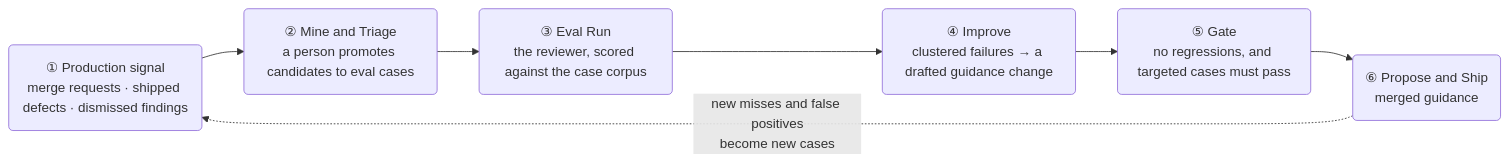
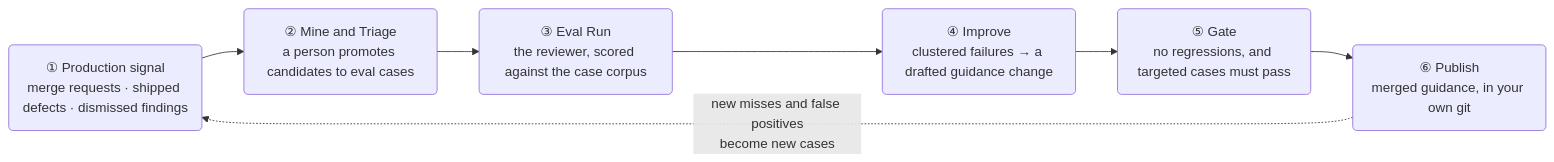
The third of 10 diagrams in README.md (cadneowl/whetstone), drawn with Mermaid before and after one commit. The commit also changed other lines of this file and 21 other files, not shown here.

````diff
--- a/README.md
+++ b/README.md
@@ -143,12 +164,12 @@
 ```mermaid
 flowchart LR
     P("① Production signal<br/>merge requests · shipped defects · dismissed findings")
     M("② Mine and Triage<br/>a person promotes candidates to eval cases")
     E("③ Eval Run<br/>the reviewer, scored against the case corpus")
     I("④ Improve<br/>clustered failures → a drafted guidance change")
     G("⑤ Gate<br/>no regressions, and targeted cases must pass")
-    S("⑥ Propose and Ship<br/>merged guidance")
+    S("⑥ Publish<br/>merged guidance, in your own git")
 
     P --> M --> E --> I --> G --> S
     S -. "new misses and false positives<br/>become new cases" .-> P
 ```
````
